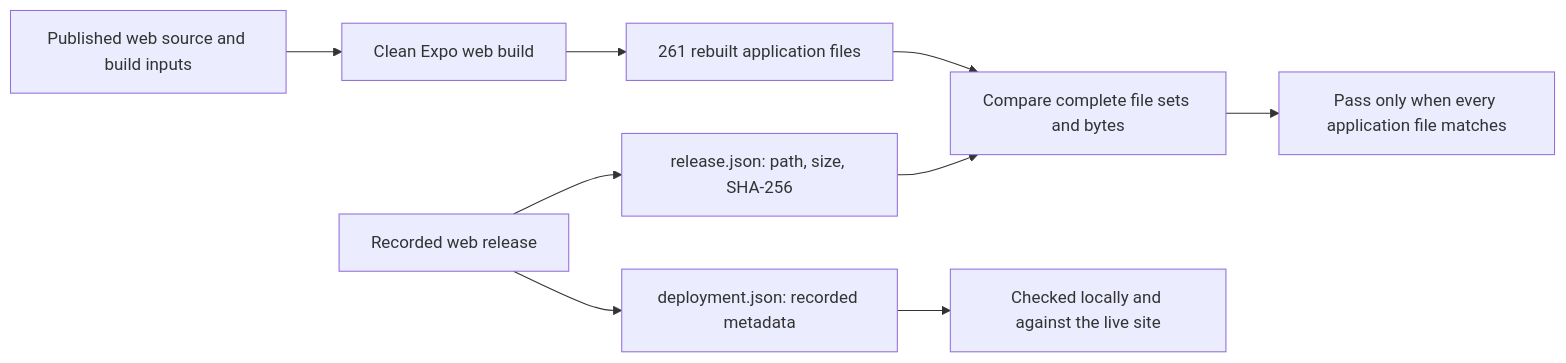
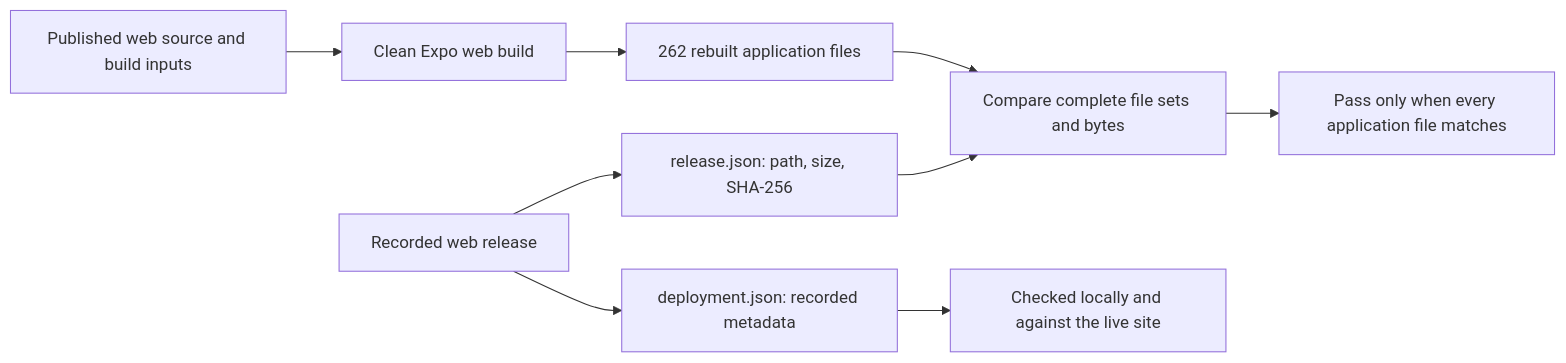
Before and after one commit to nuri-com/nuri-wallet: the first of 5 diagrams in README.md, drawn with Mermaid. The commit also changed other lines of this file and 472 other files, not shown here.

````diff
--- a/README.md
+++ b/README.md
@@ -167,11 +167,11 @@
 ```mermaid
 flowchart LR
     S["Published web source and build inputs"] --> B["Clean Expo web build"]
-    B --> R["261 rebuilt application files"]
+    B --> R["262 rebuilt application files"]
     W["Recorded web release"] --> M["release.json: path, size, SHA-256"]
     R --> C["Compare complete file sets and bytes"]
     M --> C
     W --> D["deployment.json: recorded metadata"]
     D --> L["Checked locally and against the live site"]
     C --> P["Pass only when every application file matches"]
 ```
````
